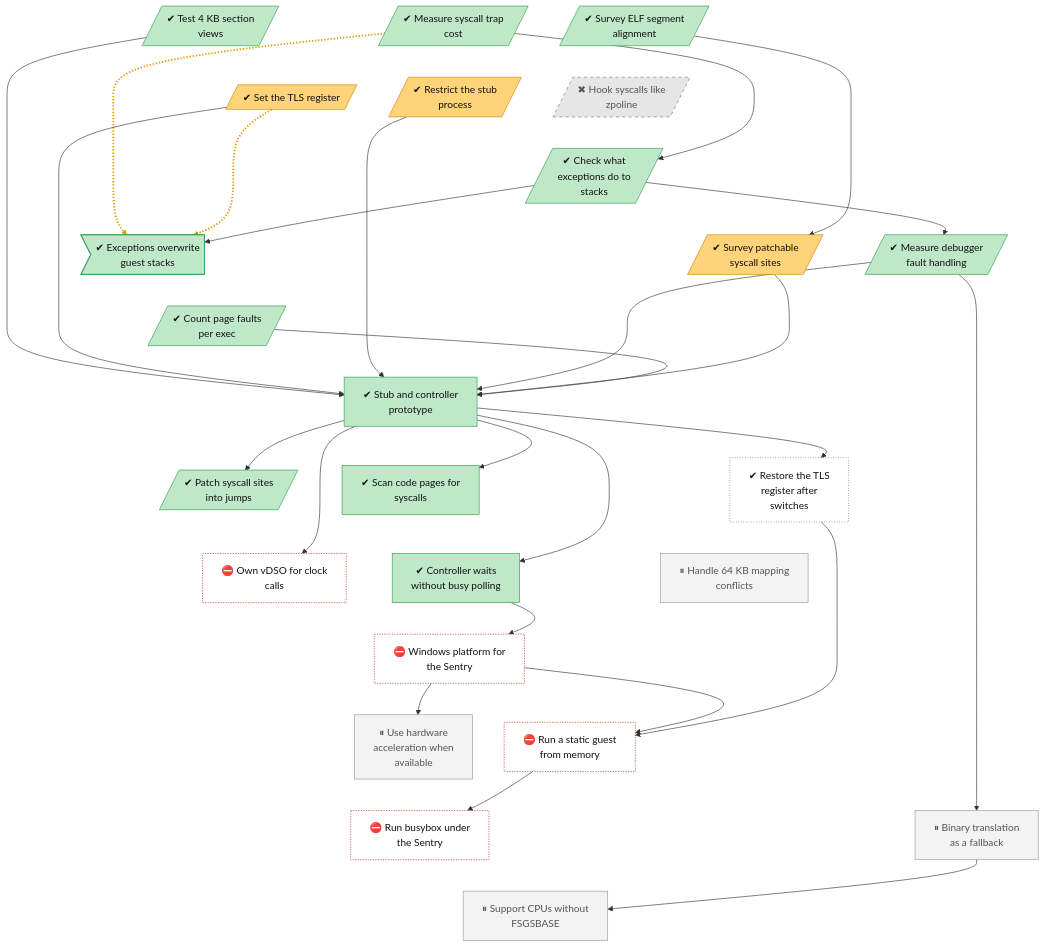
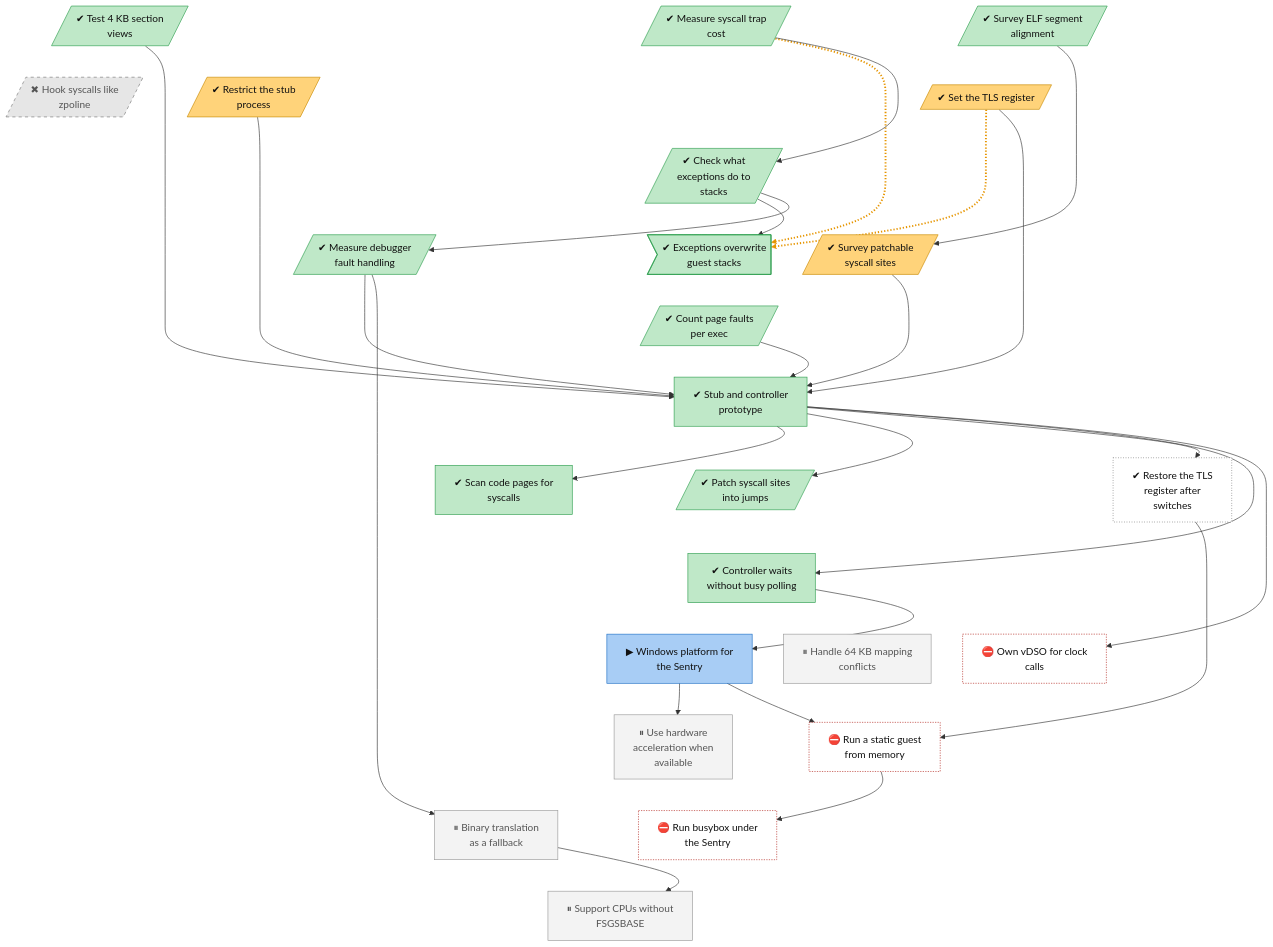
Before and after one commit to lhns/gvisor-windows: the diagram in docs/roadmap/tracks/platform.md, drawn with Mermaid. The commit also changed other lines of this file and 6 other files, not shown here.

````diff
--- a/docs/roadmap/tracks/platform.md
+++ b/docs/roadmap/tracks/platform.md
@@ -25,9 +25,9 @@
     platform_syscall_fast_path[/"✔ Patch syscall sites<br/>into jumps"/]
     platform_fs_base_repair["✔ Restore the TLS<br/>register after<br/>switches"]
     platform_controller_wakeups["✔ Controller waits<br/>without busy polling"]
+    platform_winstub["▶ Windows platform for<br/>the Sentry"]
     platform_own_vdso["⛔ Own vDSO for clock<br/>calls"]
     platform_64k_mapping_conflicts["⏸ Handle 64 KB mapping<br/>conflicts"]
-    platform_winstub["⛔ Windows platform for<br/>the Sentry"]
     platform_hardware_acceleration["⏸ Use hardware<br/>acceleration when<br/>available"]
     platform_static_guest_from_memory["⛔ Run a static guest<br/>from memory"]
     platform_busybox_on_windows["⛔ Run busybox under<br/>the Sentry"]
@@ -50,13 +50,14 @@
     platform_stub_controller ~~~ platform_syscall_fast_path
     platform_stub_controller ~~~ platform_fs_base_repair
     platform_page_verification ~~~ platform_controller_wakeups
-    platform_syscall_fast_path ~~~ platform_own_vdso
-    platform_fs_base_repair ~~~ platform_64k_mapping_conflicts
+    platform_syscall_fast_path ~~~ platform_controller_wakeups
+    platform_fs_base_repair ~~~ platform_controller_wakeups
     platform_controller_wakeups ~~~ platform_winstub
-    platform_own_vdso ~~~ platform_winstub
-    platform_64k_mapping_conflicts ~~~ platform_winstub
+    platform_controller_wakeups ~~~ platform_own_vdso
+    platform_controller_wakeups ~~~ platform_64k_mapping_conflicts
     platform_winstub ~~~ platform_hardware_acceleration
-    platform_winstub ~~~ platform_static_guest_from_memory
+    platform_own_vdso ~~~ platform_static_guest_from_memory
+    platform_64k_mapping_conflicts ~~~ platform_static_guest_from_memory
     platform_hardware_acceleration ~~~ platform_busybox_on_windows
     platform_static_guest_from_memory ~~~ platform_binary_translation_fallback
     platform_busybox_on_windows ~~~ platform_no_fsgsbase_fallback
@@ -77,15 +78,15 @@
     platform_stub_controller --> platform_syscall_fast_path
     platform_stub_controller --> platform_fs_base_repair
     platform_stub_controller --> platform_controller_wakeups
+    platform_controller_wakeups --> platform_winstub
     platform_stub_controller --> platform_own_vdso
-    platform_controller_wakeups --> platform_winstub
     platform_winstub --> platform_hardware_acceleration
     platform_winstub --> platform_static_guest_from_memory
     platform_fs_base_repair --> platform_static_guest_from_memory
     platform_static_guest_from_memory --> platform_busybox_on_windows
     platform_debug_event_cost --> platform_binary_translation_fallback
     platform_binary_translation_fallback --> platform_no_fsgsbase_fallback
-    linkStyle 28,29 stroke:#e69500,stroke-width:3px,stroke-dasharray:2 3
+    linkStyle 29,30 stroke:#e69500,stroke-width:3px,stroke-dasharray:2 3
     classDef vsucc fill:#2e9e4f,stroke:#1b6b34,color:#fff
     classDef succ fill:#bfe8c8,stroke:#2e9e4f,color:#111
     classDef mixed fill:#ffd37a,stroke:#c98a00,color:#111
@@ -104,6 +105,7 @@
     class platform_tls_register,platform_restricted_stub,platform_syscall_site_survey mixed
     class platform_zpoline_hooks dead
     class platform_fs_base_repair unrated
-    class platform_own_vdso,platform_winstub,platform_static_guest_from_memory,platform_busybox_on_windows blocked
+    class platform_winstub inprog
+    class platform_own_vdso,platform_static_guest_from_memory,platform_busybox_on_windows blocked
     class platform_64k_mapping_conflicts,platform_hardware_acceleration,platform_binary_translation_fallback,platform_no_fsgsbase_fallback parked
 ```
````
